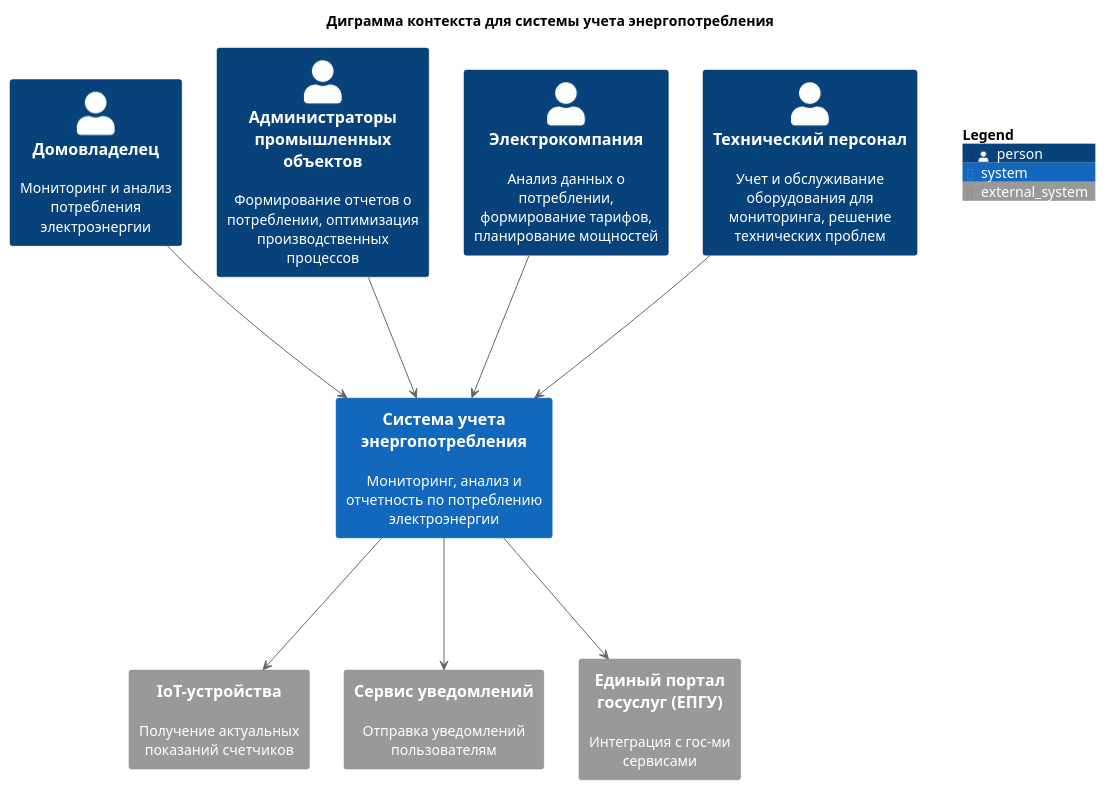
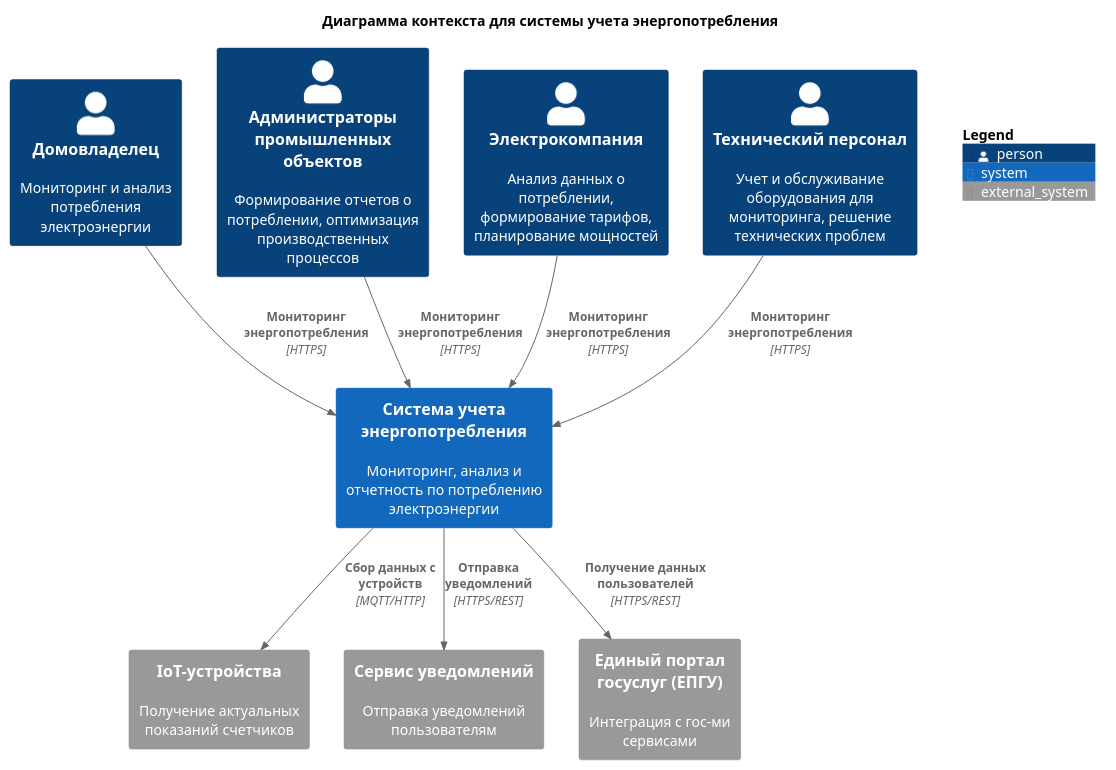
Before and after one commit to I1yaMatveev/SoftwareDevelopmentTechnology: the diagram in 2. Технический проект/context.puml, drawn with PlantUML. The commit also changed 3 other files, not shown here.

```diff
--- a/2. Технический проект/context.puml
+++ b/2. Технический проект/context.puml
@@ -1,29 +1,29 @@
 @startuml C4_Context
-title "Диграмма контекста для системы учета энергопотребления"
+title "Диаграмма контекста для системы учета энергопотребления"
 
 !include https://raw.githubusercontent.com/plantuml-stdlib/C4-PlantUML/master/C4_Container.puml
 
 Person(homeowner, "Домовладелец", "Мониторинг и анализ потребления электроэнергии")
 Person(industrialFacilityAministrator, "Администраторы промышленных объектов", "Формирование отчетов о потреблении, оптимизация производственных процессов")
 Person(electricCompany, "Электрокомпания", "Анализ данных о потреблении, формирование тарифов, планирование мощностей")
 Person(technicalStaff, "Технический персонал", "Учет и обслуживание оборудования для мониторинга, решение технических проблем")
 
 System(meteringSystem, "Система учета энергопотребления", "Мониторинг, анализ и отчетность по потреблению электроэнергии")
 
-homeowner ---> meteringSystem
-industrialFacilityAministrator ---> meteringSystem
-electricCompany ---> meteringSystem
-technicalStaff ---> meteringSystem
+Rel(homeowner, meteringSystem, "Мониторинг энергопотребления", "HTTPS")
+Rel(industrialFacilityAministrator, meteringSystem, "Мониторинг энергопотребления", "HTTPS")
+Rel(electricCompany, meteringSystem, "Мониторинг энергопотребления", "HTTPS")
+Rel(technicalStaff, meteringSystem, "Мониторинг энергопотребления", "HTTPS")
 
 System_Ext(ioTDevices, "IoT-устройства", "Получение актуальных показаний счетчиков")
 System_Ext(notificationService, "Сервис уведомлений", "Отправка уведомлений пользователям")
 System_Ext(governmentServices, "Единый портал госуслуг (ЕПГУ)", "Интеграция с гос-ми сервисами")
 
-meteringSystem ---> ioTDevices
-meteringSystem ---> notificationService
-meteringSystem ---> governmentServices
+Rel(meteringSystem, governmentServices, "Получение данных пользователей", "HTTPS/REST")
+Rel(meteringSystem, ioTDevices, "Сбор данных с устройств", "MQTT/HTTP")
+Rel(meteringSystem, notificationService, "Отправка уведомлений", "HTTPS/REST")
 
 
 SHOW_FLOATING_LEGEND()
 
 @enduml
```
